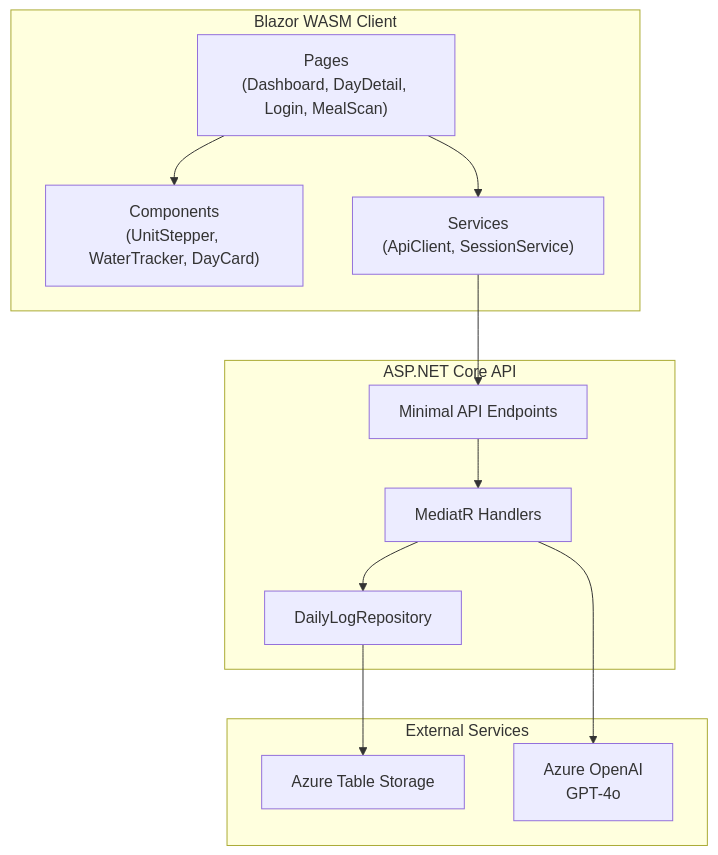
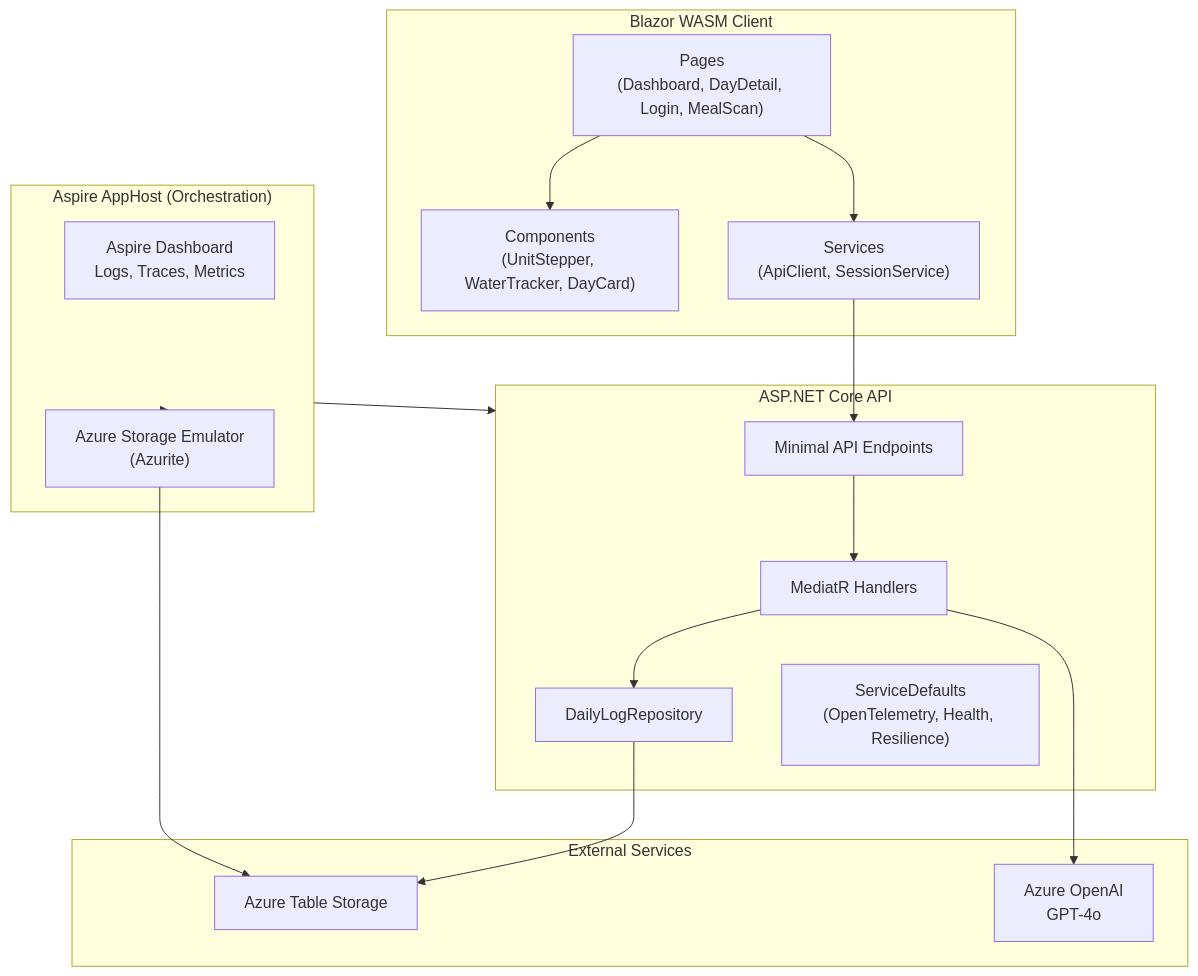
The first of 9 diagrams in docs/architecture.md (punkouter26/PoNovaWeight), drawn with Mermaid before and after one commit. The commit also changed other lines of this file and 57 other files, not shown here.

Commit message:
Add Aspire orchestration, fix user auth for data isolation, cleanup specs

````diff
--- a/docs/architecture.md
+++ b/docs/architecture.md
@@ -7,27 +7,36 @@
 ```mermaid
 graph TB
+    subgraph Aspire["Aspire AppHost (Orchestration)"]
+        Dashboard["Aspire Dashboard<br/>Logs, Traces, Metrics"]
+        Storage["Azure Storage Emulator<br/>(Azurite)"]
+    end
+
     subgraph Client["Blazor WASM Client"]
         Pages["Pages<br/>(Dashboard, DayDetail, Login, MealScan)"]
         Components["Components<br/>(UnitStepper, WaterTracker, DayCard)"]
         Services["Services<br/>(ApiClient, SessionService)"]
     end
 
     subgraph API["ASP.NET Core API"]
         Endpoints["Minimal API Endpoints"]
         Handlers["MediatR Handlers"]
         Repository["DailyLogRepository"]
+        ServiceDefaults["ServiceDefaults<br/>(OpenTelemetry, Health, Resilience)"]
     end
 
     subgraph External["External Services"]
-        Storage["Azure Table Storage"]
+        TableStorage["Azure Table Storage"]
         OpenAI["Azure OpenAI<br/>GPT-4o"]
     end
 
+    Aspire --> API
+    Aspire --> Storage
     Pages --> Components
     Pages --> Services
     Services --> Endpoints
     Endpoints --> Handlers
     Handlers --> Repository
     Handlers --> OpenAI
-    Repository --> Storage
+    Repository --> TableStorage
+    Storage --> TableStorage
 ```
````
